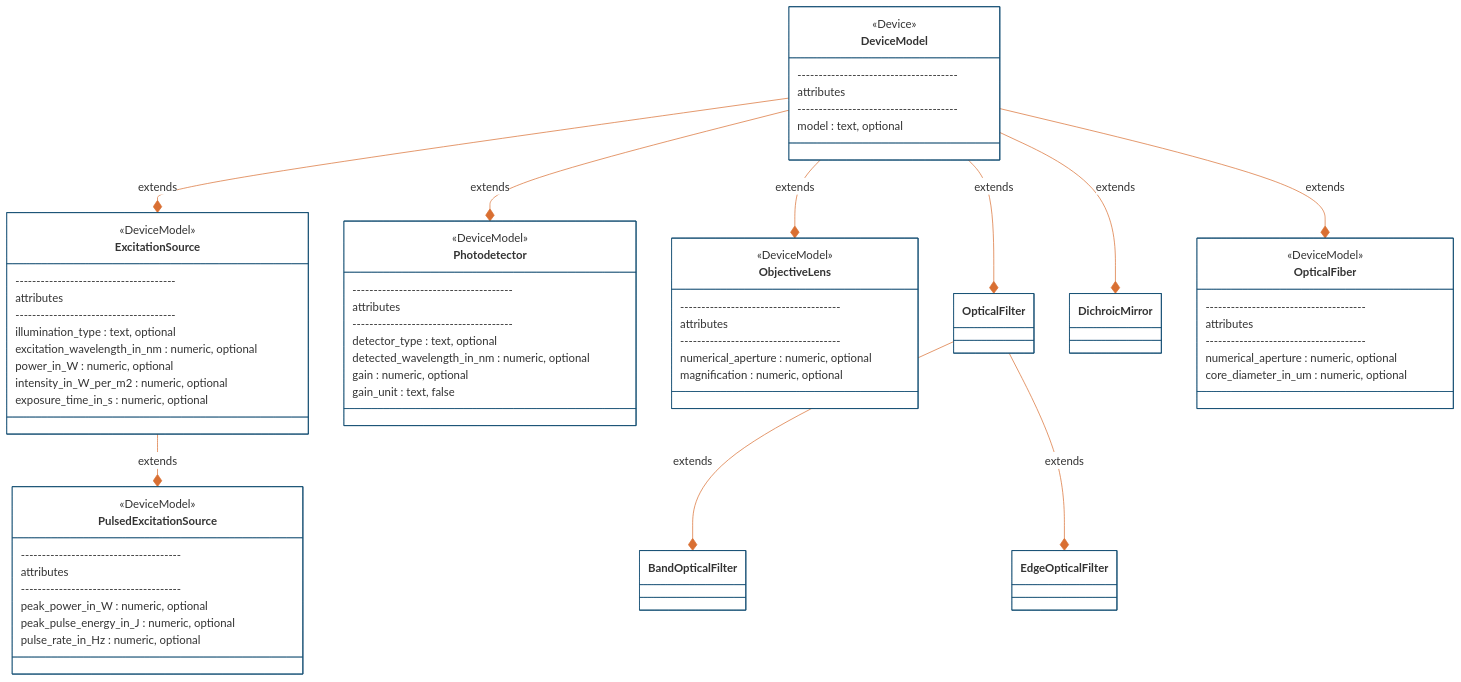
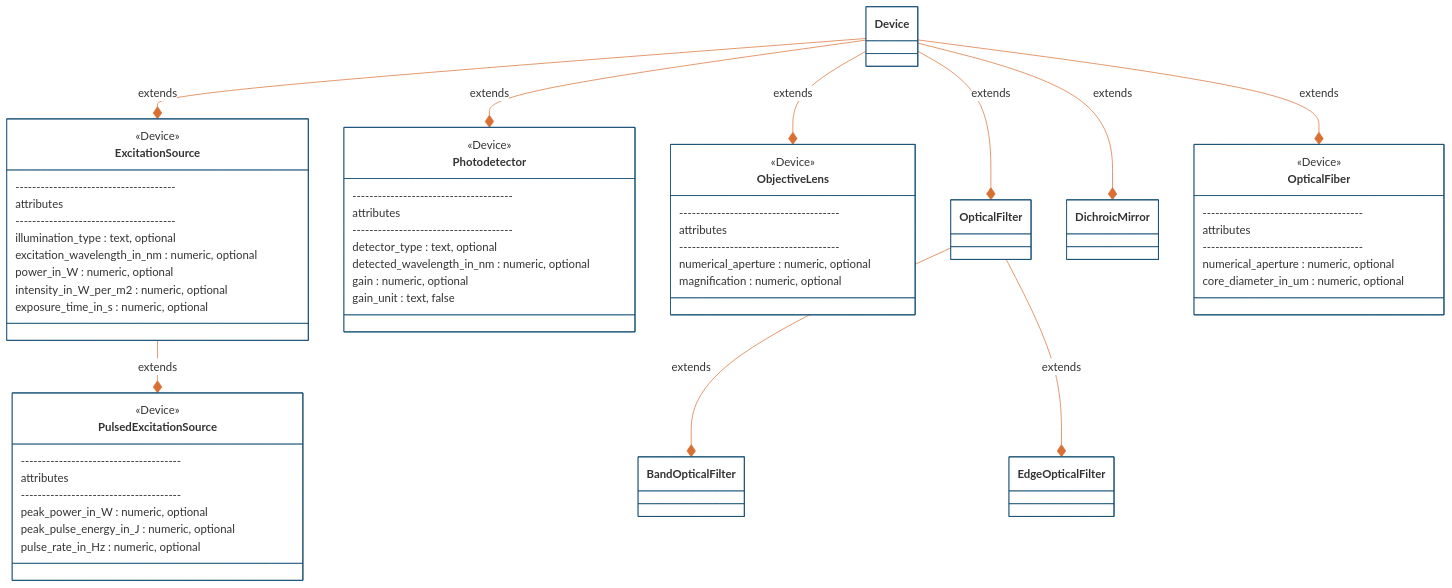
One commit to catalystneuro/ndx-ophys-devices changed the third of 3 diagrams in README.md. Above: the diagram before and after it, drawn with Mermaid. The commit also changed other lines of this file and 9 other files, not shown here.

Commit message:
remove DeviceModel

````diff
--- a/README.md
+++ b/README.md
@@ -251,68 +228,61 @@
 ```mermaid
 %%{init: {'theme': 'base', 'themeVariables': {'primaryColor': '#ffffff', "primaryBorderColor': '#144E73', 'lineColor': '#D96F32'}}}%%
 classDiagram
     direction BT
-    class DeviceModel{
+    class ExcitationSource{
         <<Device>>
-        --------------------------------------
-        attributes
-        --------------------------------------
-        model : text, optional
-    }
-    class ExcitationSource{
-        <<DeviceModel>>
         --------------------------------------
         attributes
         --------------------------------------
         illumination_type : text, optional
         excitation_wavelength_in_nm : numeric, optional
         power_in_W : numeric, optional
         intensity_in_W_per_m2 : numeric, optional
         exposure_time_in_s : numeric, optional
     }
     class PulsedExcitationSource{
-        <<DeviceModel>>
+        <<Device>>
         --------------------------------------
         attributes
         --------------------------------------
         peak_power_in_W : numeric, optional
         peak_pulse_energy_in_J : numeric, optional
         pulse_rate_in_Hz : numeric, optional
     }
     class Photodetector{
-        <<DeviceModel>>
+        <<Device>>
         --------------------------------------
         attributes
         --------------------------------------
         detector_type : text, optional
         detected_wavelength_in_nm : numeric, optional
         gain : numeric, optional
         gain_unit : text, false
     }
     class ObjectiveLens{
-        <<DeviceModel>>
+        <<Device>>
         --------------------------------------
         attributes
         --------------------------------------
         numerical_aperture : numeric, optional
         magnification : numeric, optional
     }
     class OpticalFiber{
-        <<DeviceModel>>
+        <<Device>>
         --------------------------------------
         attributes
         --------------------------------------
         numerical_aperture : numeric, optional
         core_diameter_in_um : numeric, optional
     }
     
-    ExcitationSource *-- DeviceModel : extends
+    ExcitationSource *-- Device : extends
     PulsedExcitationSource *-- ExcitationSource : extends
-    Photodetector *-- DeviceModel : extends
-    ObjectiveLens *-- DeviceModel : extends
-    OpticalFilter *-- DeviceModel : extends
+    Photodetector *-- Device : extends
+    ObjectiveLens *-- Device : extends
+    OpticalFilter *-- Device : extends
     BandOpticalFilter *-- OpticalFilter : extends
     EdgeOpticalFilter *-- OpticalFilter : extends
-    DichroicMirror *-- DeviceModel : extends
-    OpticalFiber *-- DeviceModel : extends
+    DichroicMirror *-- Device : extends
+    OpticalFiber *-- Device : extends
 ```
````
